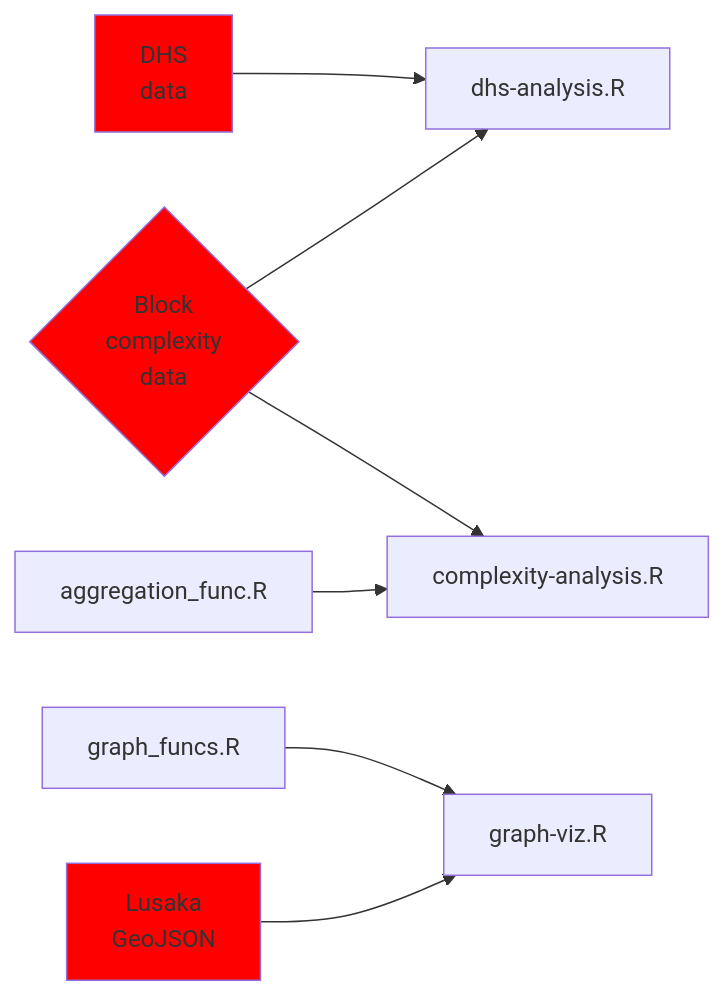
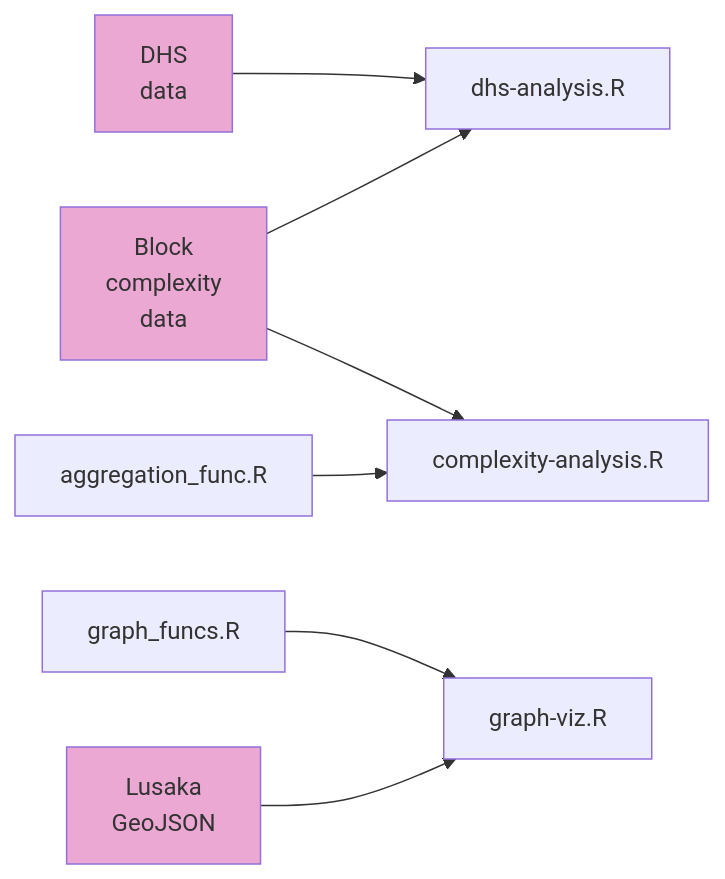
Before and after one commit to mansueto-institute/kblock-analysis: the diagram in ReadMe.md, drawn with Mermaid.

````diff
--- a/ReadMe.md
+++ b/ReadMe.md
@@ -22,14 +22,14 @@
 ```mermaid
 graph LR
 G[DHS<br>data] --> C
-A{Block<br>complexity<br>data} --> B[complexity-analysis.R]
+A[Block<br>complexity<br>data] --> B[complexity-analysis.R]
 E[aggregation_func.R] --> B
 A --> C[dhs-analysis.R]
 
 F[graph_funcs.R] --> D[graph-viz.R]
 J[Lusaka<br>GeoJSON] --> D
 
-style A fill:#FF0000
-style G fill:#FF0000
-style J fill:#FF0000
+style A fill:#eba8d3
+style G fill:#eba8d3
+style J fill:#eba8d3
 ```
````
